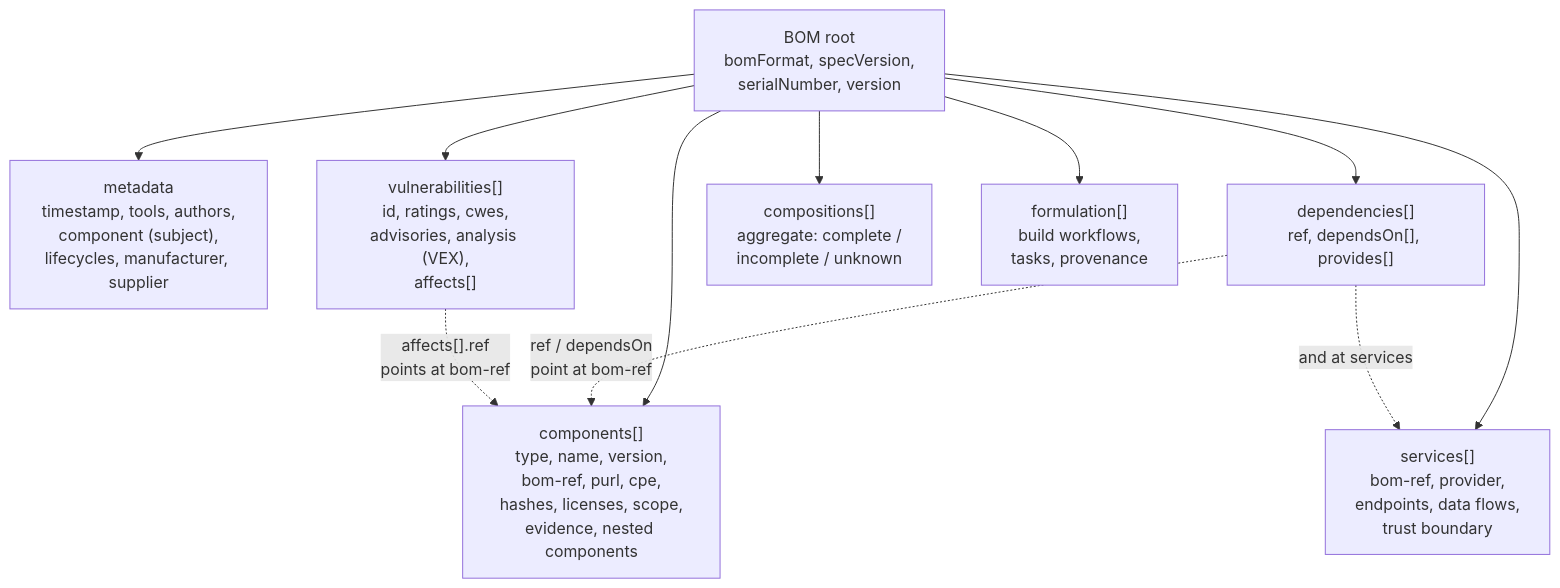
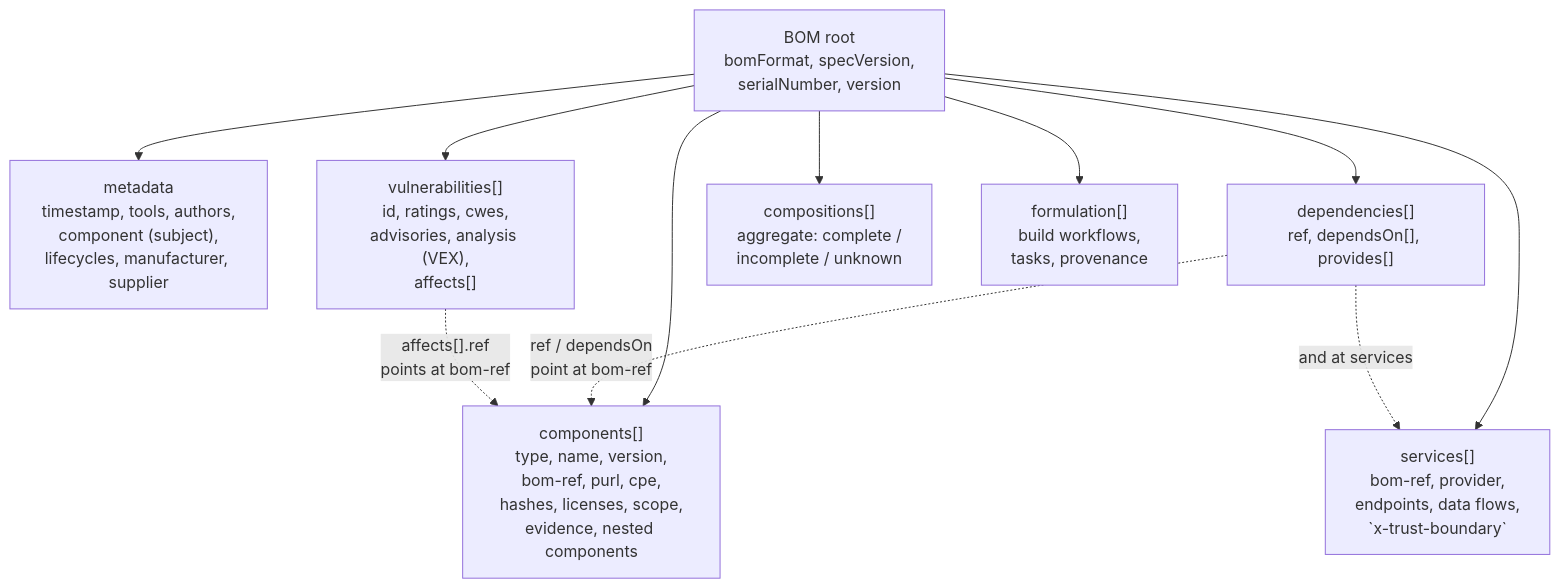
The first of 7 diagrams in book-03-sboms/ch03-cyclonedx.md (bumbsclaw/textbooks), drawn with Mermaid before and after one commit. The commit also changed other lines of this file and 59 other files, not shown here.

````diff
--- a/book-03-sboms/ch03-cyclonedx.md
+++ b/book-03-sboms/ch03-cyclonedx.md
@@ -97,22 +97,22 @@
 ```mermaid
 flowchart TD
   BOM["BOM root<br/>bomFormat, specVersion,<br/>serialNumber, version"]
   META["metadata<br/>timestamp, tools, authors,<br/>component (subject),<br/>lifecycles, manufacturer, supplier"]
   COMP["components[]<br/>type, name, version,<br/>bom-ref, purl, cpe,<br/>hashes, licenses, scope,<br/>evidence, nested components"]
-  SVC["services[]<br/>bom-ref, provider,<br/>endpoints, data flows,<br/>trust boundary"]
+  SVC["services[]<br/>bom-ref, provider,<br/>endpoints, data flows,<br/>`x-trust-boundary`"]
   DEP["dependencies[]<br/>ref, dependsOn[], provides[]"]
   VULN["vulnerabilities[]<br/>id, ratings, cwes,<br/>advisories, analysis (VEX),<br/>affects[]"]
   COMPOS["compositions[]<br/>aggregate: complete /<br/>incomplete / unknown"]
   FORM["formulation[]<br/>build workflows,<br/>tasks, provenance"]
 
   BOM --> META
   BOM --> COMP
   BOM --> SVC
   BOM --> DEP
   BOM --> VULN
   BOM --> COMPOS
   BOM --> FORM
   DEP -. "ref / dependsOn<br/>point at bom-ref" .-> COMP
   DEP -. "and at services" .-> SVC
   VULN -. "affects[].ref<br/>points at bom-ref" .-> COMP
 ```
````
